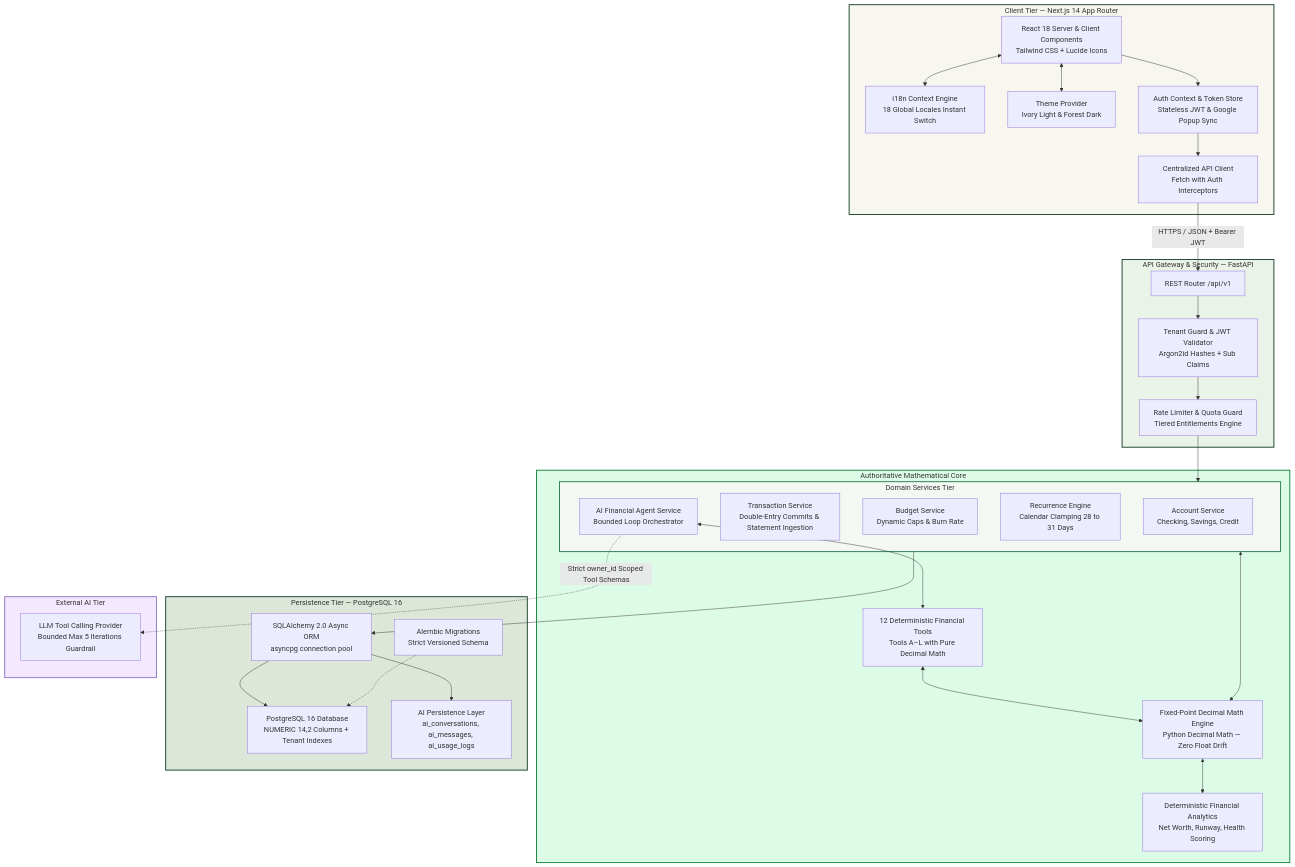
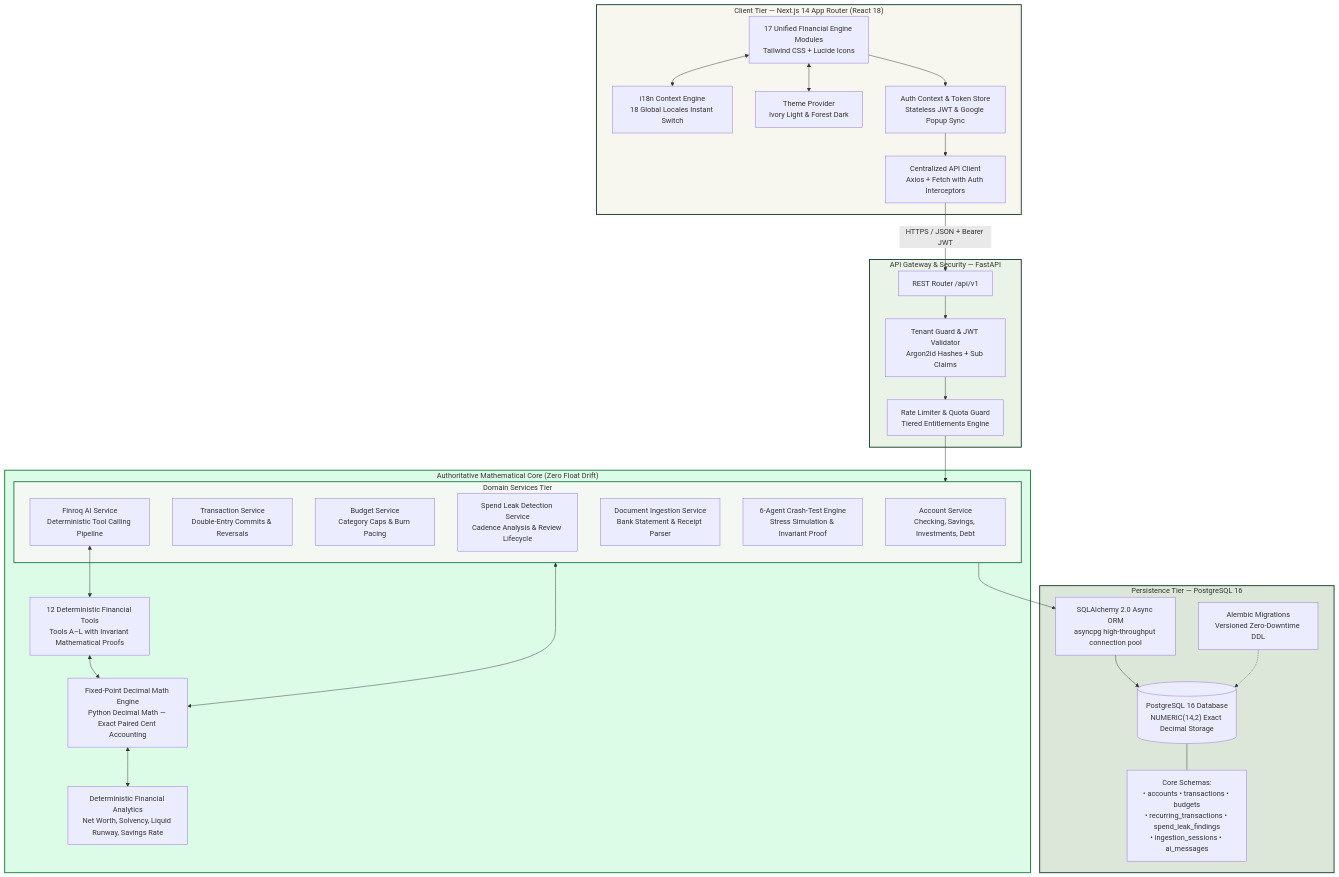
One commit to nikhillakra2007-tech/finroq changed the first of 4 diagrams in README.md. Above: the diagram before and after it, drawn with Mermaid. The commit also changed other lines of this file and 9 other files, not shown here.

Commit message:
DOCS(README): UPDATE LATEST PRODUCTION EXHIBITS, SPEND LEAK REVIEW LIFECYCLE, 17-MODULE ARCHITECTURE, AND FLOWCHARTS

````diff
--- a/README.md
+++ b/README.md
@@ -121,70 +116,66 @@
 ```mermaid
 flowchart TB
-    subgraph CLIENT["Client Tier — Next.js 14 App Router"]
-        UI["React 18 Server & Client Components<br/>Tailwind CSS + Lucide Icons"]
+    subgraph CLIENT["Client Tier — Next.js 14 App Router (React 18)"]
+        UI["17 Unified Financial Engine Modules<br/>Tailwind CSS + Lucide Icons"]
         I18N["i18n Context Engine<br/>18 Global Locales Instant Switch"]
         THEME["Theme Provider<br/>Ivory Light & Forest Dark"]
         AUTH_CTX["Auth Context & Token Store<br/>Stateless JWT & Google Popup Sync"]
-        API_CLIENT["Centralized API Client<br/>Fetch with Auth Interceptors"]
+        API_CLIENT["Centralized API Client<br/>Axios + Fetch with Auth Interceptors"]
         
         UI <--> I18N
         UI <--> THEME
         UI --> AUTH_CTX
         AUTH_CTX --> API_CLIENT
     end
 
     subgraph GATEWAY["API Gateway & Security — FastAPI"]
         ROUTER["REST Router /api/v1"]
         AUTH_GUARD["Tenant Guard & JWT Validator<br/>Argon2id Hashes + Sub Claims"]
         RATE_LIMIT["Rate Limiter & Quota Guard<br/>Tiered Entitlements Engine"]
         
         API_CLIENT -- "HTTPS / JSON + Bearer JWT" --> ROUTER
         ROUTER --> AUTH_GUARD
         AUTH_GUARD --> RATE_LIMIT
     end
 
     subgraph DOMAIN["Domain Services Tier"]
-        ACC_SVC["Account Service<br/>Checking, Savings, Credit"]
-        TXN_SVC["Transaction Service<br/>Double-Entry Commits & Statement Ingestion"]
-        BUDGET_SVC["Budget Service<br/>Dynamic Caps & Burn Rate"]
-        REC_SVC["Recurrence Engine<br/>Calendar Clamping 28 to 31 Days"]
-        AI_SVC["AI Financial Agent Service<br/>Bounded Loop Orchestrator"]
+        ACC_SVC["Account Service<br/>Checking, Savings, Investments, Debt"]
+        TXN_SVC["Transaction Service<br/>Double-Entry Commits & Reversals"]
+        BUDGET_SVC["Budget Service<br/>Category Caps & Burn Pacing"]
+        LEAK_SVC["Spend Leak Detection Service<br/>Cadence Analysis & Review Lifecycle"]
+        INGEST_SVC["Document Ingestion Service<br/>Bank Statement & Receipt Parser"]
+        CRASH_SVC["6-Agent Crash-Test Engine<br/>Stress Simulation & Invariant Proof"]
+        AI_SVC["Finroq AI Service<br/>Deterministic Tool Calling Pipeline"]
     end
 
     RATE_LIMIT --> DOMAIN
 
-    subgraph ENGINE["Authoritative Mathematical Core"]
-        DECIMAL_ENGINE["Fixed-Point Decimal Math Engine<br/>Python Decimal Math — Zero Float Drift"]
-        ANALYTICS_CORE["Deterministic Financial Analytics<br/>Net Worth, Runway, Health Scoring"]
-        TOOLS_ENGINE["12 Deterministic Financial Tools<br/>Tools A–L with Pure Decimal Math"]
+    subgraph ENGINE["Authoritative Mathematical Core (Zero Float Drift)"]
+        DECIMAL_ENGINE["Fixed-Point Decimal Math Engine<br/>Python Decimal Math — Exact Paired Cent Accounting"]
+        ANALYTICS_CORE["Deterministic Financial Analytics<br/>Net Worth, Solvency, Liquid Runway, Savings Rate"]
+        TOOLS_ENGINE["12 Deterministic Financial Tools<br/>Tools A–L with Invariant Mathematical Proofs"]
         
         DOMAIN <--> DECIMAL_ENGINE
         DECIMAL_ENGINE <--> ANALYTICS_CORE
         AI_SVC <--> TOOLS_ENGINE
         TOOLS_ENGINE <--> DECIMAL_ENGINE
     end
 
     subgraph PERSISTENCE["Persistence Tier — PostgreSQL 16"]
-        ORM["SQLAlchemy 2.0 Async ORM<br/>asyncpg connection pool"]
-        DB["PostgreSQL 16 Database<br/>NUMERIC 14,2 Columns + Tenant Indexes"]
-        AI_STORE["AI Persistence Layer<br/>ai_conversations, ai_messages, ai_usage_logs"]
-        ALEMBIC["Alembic Migrations<br/>Strict Versioned Schema"]
+        ORM["SQLAlchemy 2.0 Async ORM<br/>asyncpg high-throughput connection pool"]
+        DB[("PostgreSQL 16 Database<br/>NUMERIC(14,2) Exact Decimal Storage")]
+        TABLES["Core Schemas:<br/>• accounts • transactions • budgets<br/>• recurring_transactions • spend_leak_findings<br/>• ingestion_sessions • ai_messages"]
+        ALEMBIC["Alembic Migrations<br/>Versioned Zero-Downtime DDL"]
         
         DOMAIN --> ORM
         ORM --> DB
-        ORM --> AI_STORE
+        DB --- TABLES
         ALEMBIC -.-> DB
-    end
-
-    subgraph AI_PROVIDER["External AI Tier"]
-        OPENAI["LLM Tool Calling Provider<br/>Bounded Max 5 Iterations Guardrail"]
-        AI_SVC -. "Strict owner_id Scoped Tool Schemas" .-> OPENAI
     end
 
     style CLIENT fill:#F7F7F0,stroke:#173F2B,stroke-width:2px;
     style GATEWAY fill:#EAF3E7,stroke:#173F2B,stroke-width:2px;
     style DOMAIN fill:#F4F8F3,stroke:#247A50,stroke-width:2px;
     style ENGINE fill:#DCFCE7,stroke:#15803D,stroke-width:2px;
     style PERSISTENCE fill:#DCE7D9,stroke:#173F2B,stroke-width:2px;
-    style AI_PROVIDER fill:#F3E8FF,stroke:#8E75C4,stroke-width:2px;
 ```
````
